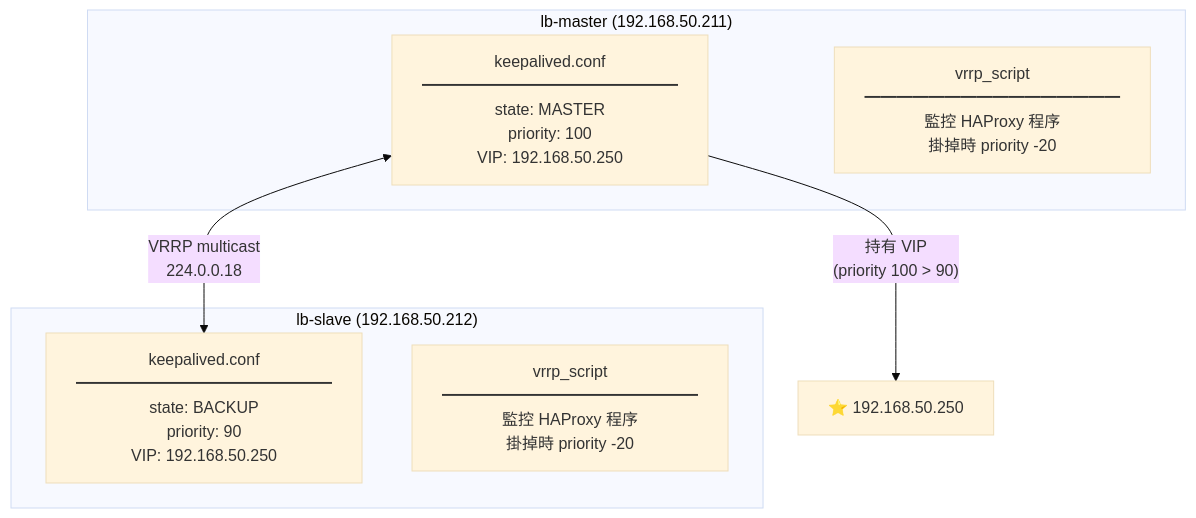
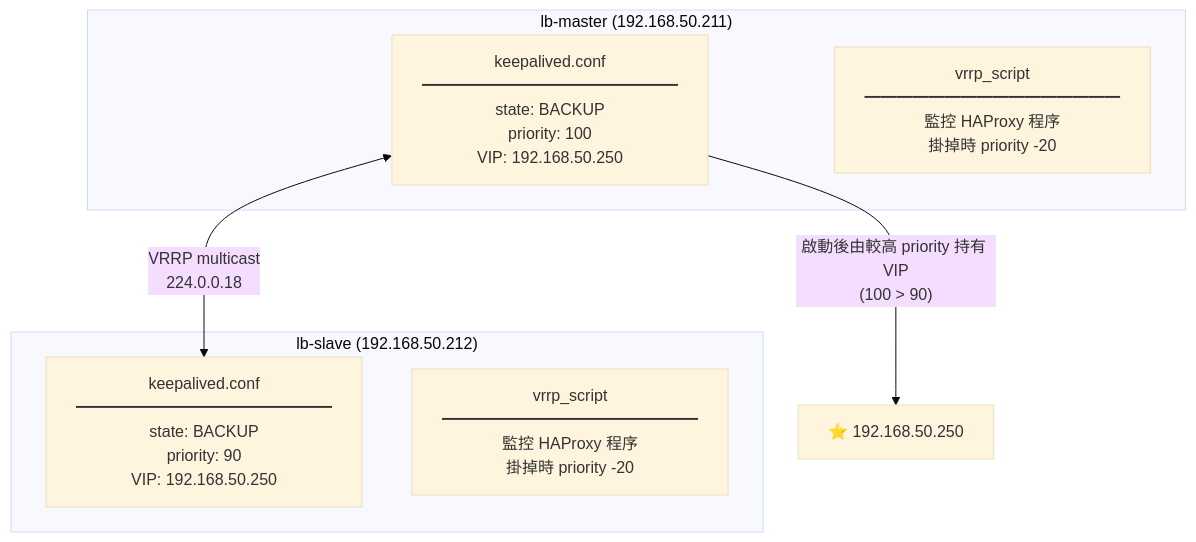
Before and after one commit to MansionLai/notebook: the first of 2 diagrams in load-balancer/keepalived-config.md, drawn with Mermaid (base theme). The commit also changed other lines of this file and 3 other files, not shown here.

Commit message:
docs(load-balancer): reorder setup flow to haproxy then keepalived

````diff
--- a/load-balancer/keepalived-config.md
+++ b/load-balancer/keepalived-config.md
@@ -11,15 +11,15 @@
 ```mermaid
 graph TB
     subgraph MASTER["lb-master (192.168.50.211)"]
-        KAM["keepalived.conf<br/>━━━━━━━━━━━━━━━━<br/>state: MASTER<br/>priority: 100<br/>VIP: 192.168.50.250"]
+        KAM["keepalived.conf<br/>━━━━━━━━━━━━━━━━<br/>state: BACKUP<br/>priority: 100<br/>VIP: 192.168.50.250"]
         SCRIPT_M["vrrp_script<br/>━━━━━━━━━━━━━━━━<br/>監控 HAProxy 程序<br/>掛掉時 priority -20"]
     end
 
     subgraph SLAVE["lb-slave (192.168.50.212)"]
         KAS["keepalived.conf<br/>━━━━━━━━━━━━━━━━<br/>state: BACKUP<br/>priority: 90<br/>VIP: 192.168.50.250"]
         SCRIPT_S["vrrp_script<br/>━━━━━━━━━━━━━━━━<br/>監控 HAProxy 程序<br/>掛掉時 priority -20"]
     end
 
     KAM <-->|"VRRP multicast<br/>224.0.0.18"| KAS
-    KAM -->|"持有 VIP<br/>(priority 100 > 90)"| VIP["⭐ 192.168.50.250"]
+    KAM -->|"啟動後由較高 priority 持有 VIP<br/>(100 > 90)"| VIP["⭐ 192.168.50.250"]
 ```
````
